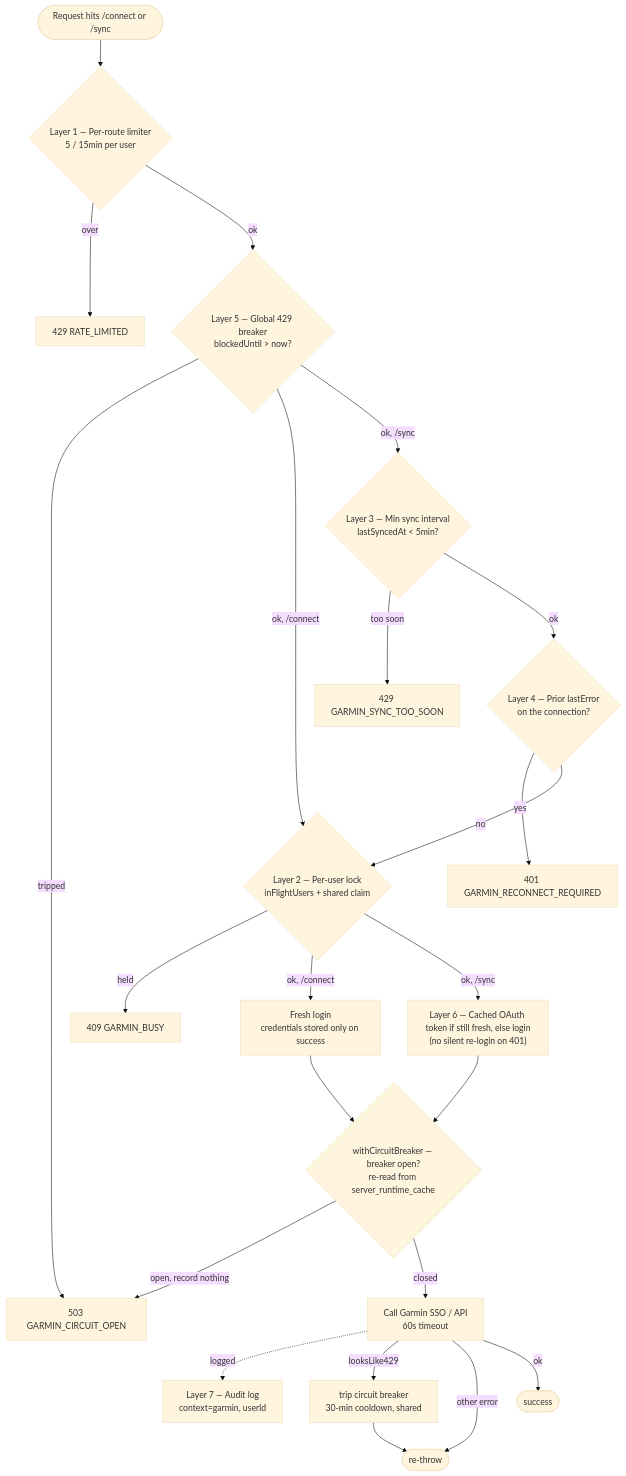
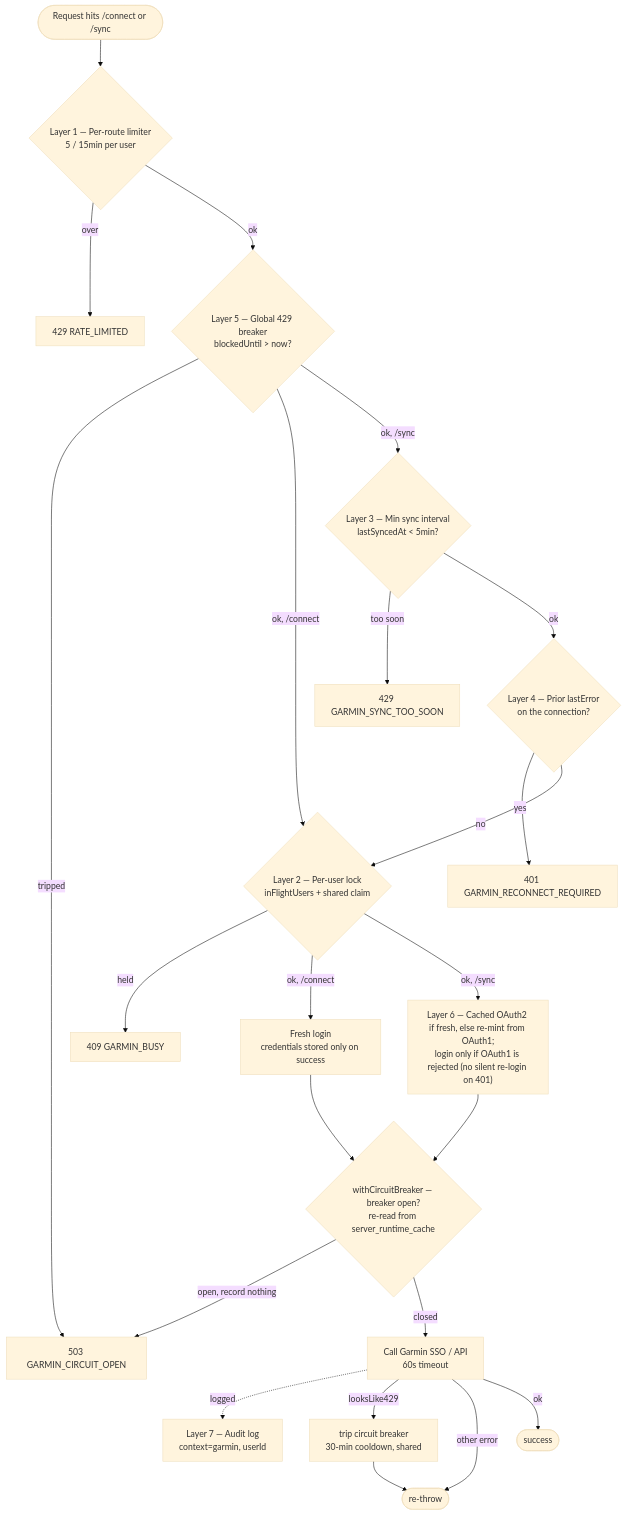
Before and after one commit to daler91/Hyrox-Companion: the second of 2 diagrams in docs/integrations.md, drawn with Mermaid (base theme). The commit also changed other lines of this file and 12 other files, not shown here.

````diff
--- a/docs/integrations.md
+++ b/docs/integrations.md
@@ -300,25 +300,25 @@
 ```mermaid
 flowchart TD
     Req([Request hits /connect or /sync]) --> L1{"Layer 1 — Per-route limiter<br/>5 / 15min per user"}
     L1 -- over --> R429a["429 RATE_LIMITED"]
     L1 -- ok --> L5{"Layer 5 — Global 429 breaker<br/>blockedUntil &gt; now?"}
     L5 -- tripped --> R503["503 GARMIN_CIRCUIT_OPEN"]
     L5 -- "ok, /connect" --> L2
     L5 -- "ok, /sync" --> L3{"Layer 3 — Min sync interval<br/>lastSyncedAt &lt; 5min?"}
     L3 -- too soon --> R429b["429 GARMIN_SYNC_TOO_SOON"]
     L3 -- ok --> L4{"Layer 4 — Prior lastError<br/>on the connection?"}
     L4 -- yes --> R401["401 GARMIN_RECONNECT_REQUIRED"]
     L4 -- no --> L2{"Layer 2 — Per-user lock<br/>inFlightUsers + shared claim"}
     L2 -- held --> R409["409 GARMIN_BUSY"]
     L2 -- "ok, /connect" --> Login["Fresh login<br/>credentials stored only on success"]
-    L2 -- "ok, /sync" --> L6["Layer 6 — Cached OAuth token if still fresh, else login<br/>(no silent re-login on 401)"]
+    L2 -- "ok, /sync" --> L6["Layer 6 — Cached OAuth2 if fresh, else re-mint from OAuth1;<br/>login only if OAuth1 is rejected (no silent re-login on 401)"]
     Login --> Gate
     L6 --> Gate{"withCircuitBreaker — breaker open?<br/>re-read from server_runtime_cache"}
     Gate -- "open, record nothing" --> R503
     Gate -- closed --> Call["Call Garmin SSO / API<br/>60s timeout"]
     Call -. logged .-> Audit["Layer 7 — Audit log<br/>context=garmin, userId"]
     Call -- looksLike429 --> Trip["trip circuit breaker<br/>30-min cooldown, shared"]
     Call -- other error --> Fail
     Trip --> Fail([re-throw])
     Call -- ok --> Ok([success])
 ```
````
